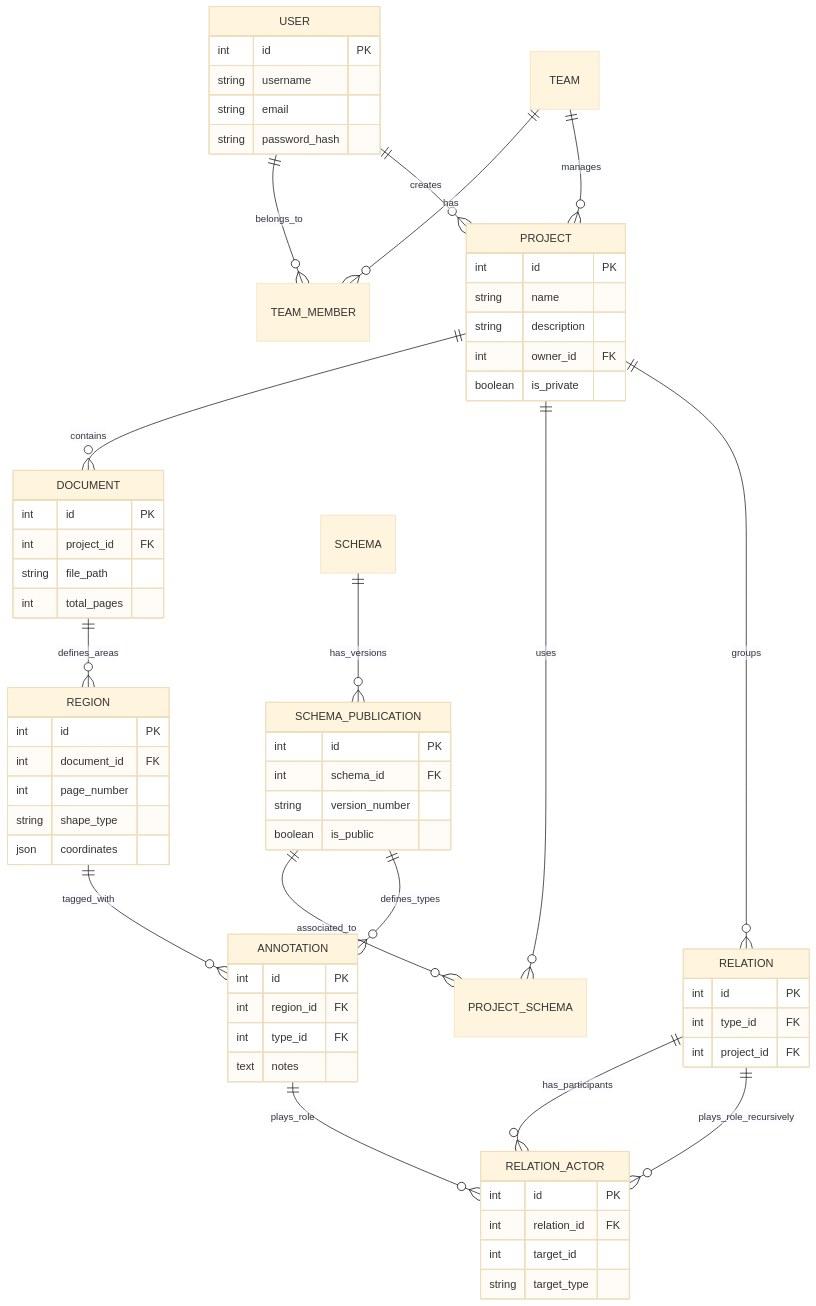
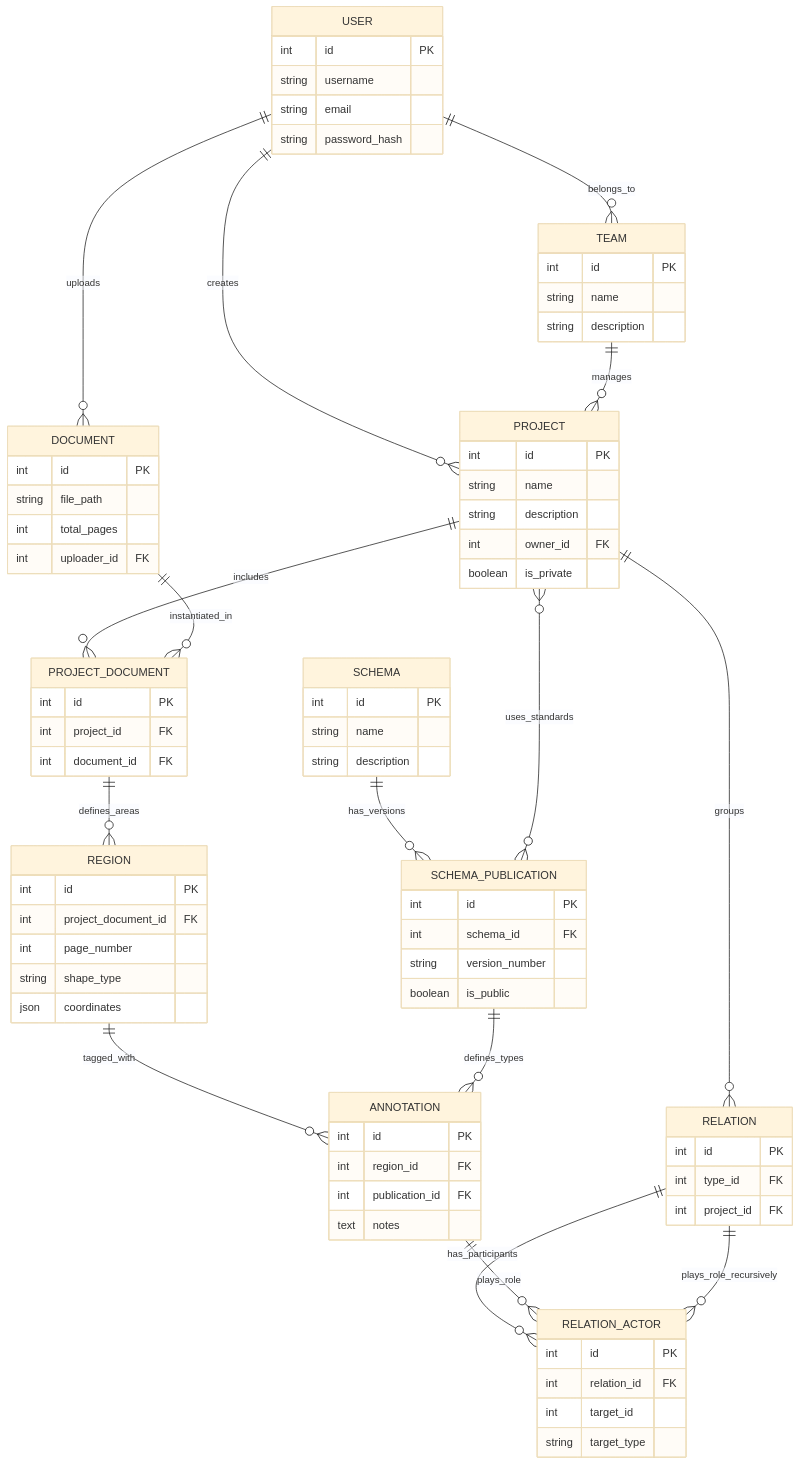
One commit to nachoarvilla/TFG_MAST_Backend changed the diagram in ER_Diagram.md. Above: the diagram before and after it, drawn with Mermaid (base theme). The commit also changed 1 other file, not shown here.

Commit message:
Diagrama entidad relacion Completado

````diff
--- a/ER_Diagram.md
+++ b/ER_Diagram.md
@@ -1,32 +1,37 @@
 ```mermaid
 erDiagram
-    USER ||--o{ TEAM_MEMBER : belongs_to
-    TEAM ||--o{ TEAM_MEMBER : has
+    USER ||--o{ TEAM : belongs_to
     USER ||--o{ PROJECT : creates
     TEAM ||--o{ PROJECT : manages
-    
-    PROJECT ||--o{ DOCUMENT : contains
-    PROJECT ||--o{ PROJECT_SCHEMA : uses
+    USER ||--o{ DOCUMENT : uploads
+
+    PROJECT ||--o{ PROJECT_DOCUMENT : includes
+    DOCUMENT ||--o{ PROJECT_DOCUMENT : instantiated_in
     
     SCHEMA ||--o{ SCHEMA_PUBLICATION : has_versions
-    SCHEMA_PUBLICATION ||--o{ PROJECT_SCHEMA : associated_to
+    PROJECT }o--o{ SCHEMA_PUBLICATION : uses_standards
     
-    DOCUMENT ||--o{ REGION : defines_areas
+    PROJECT_DOCUMENT ||--o{ REGION : defines_areas
     
     REGION ||--o{ ANNOTATION : tagged_with
     SCHEMA_PUBLICATION ||--o{ ANNOTATION : defines_types
     
+    PROJECT ||--o{ RELATION : groups
     RELATION ||--o{ RELATION_ACTOR : has_participants
     ANNOTATION ||--o{ RELATION_ACTOR : plays_role
     RELATION ||--o{ RELATION_ACTOR : plays_role_recursively
-    
-    PROJECT ||--o{ RELATION : groups
 
     USER {
         int id PK
         string username
         string email
         string password_hash
+    }
+
+    TEAM {
+        int id PK
+        string name
+        string description
     }
 
     PROJECT {
@@ -39,9 +44,21 @@
 
     DOCUMENT {
         int id PK
-        int project_id FK
         string file_path
         int total_pages
+        int uploader_id FK
+    }
+
+    PROJECT_DOCUMENT {
+        int id PK
+        int project_id FK
+        int document_id FK
+    }
+
+    SCHEMA {
+        int id PK
+        string name
+        string description
     }
 
     SCHEMA_PUBLICATION {
@@ -53,7 +70,7 @@
 
     REGION {
         int id PK
-        int document_id FK
+        int project_document_id FK
         int page_number
         string shape_type
         json coordinates
@@ -62,7 +79,7 @@
     ANNOTATION {
         int id PK
         int region_id FK
-        int type_id FK
+        int publication_id FK
         text notes
     }
 
````
